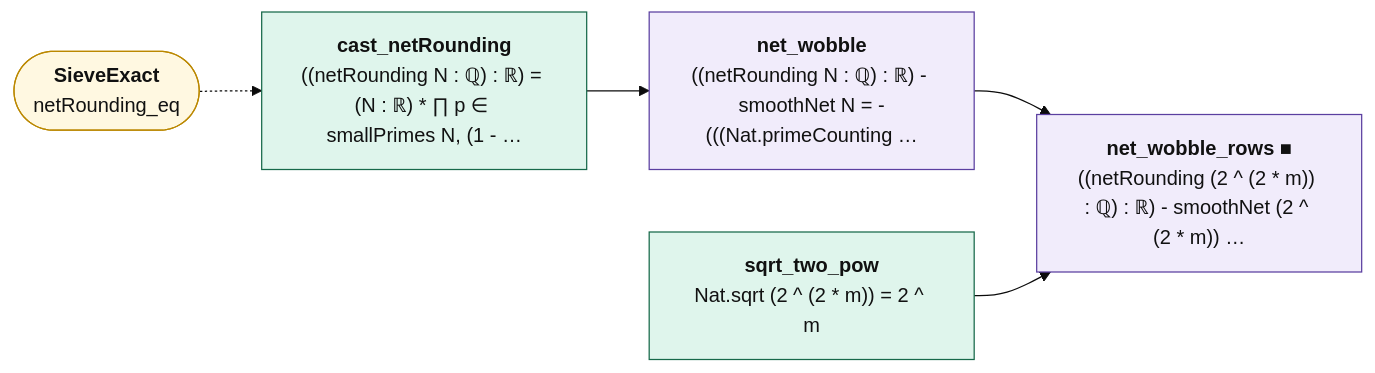
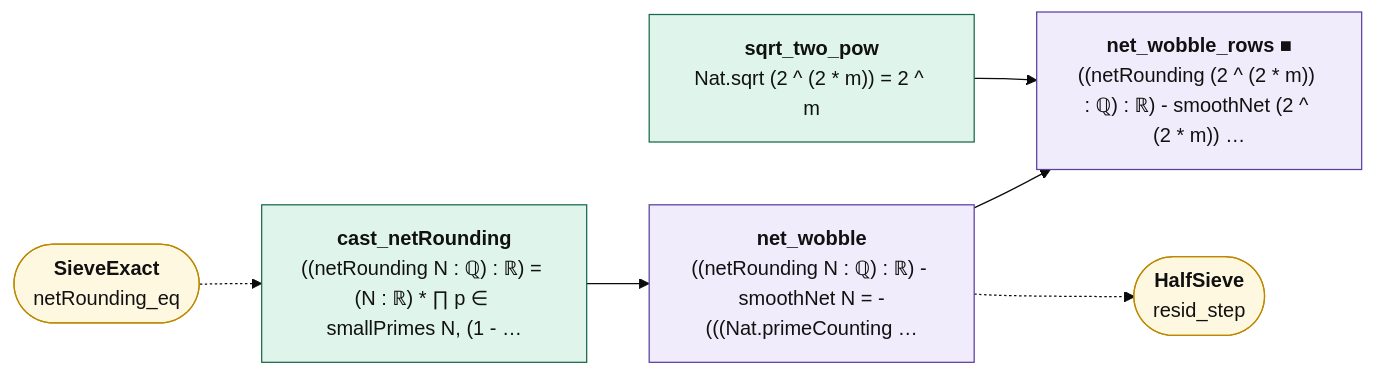
The diagram in map/lean_stage3/SieveResidual.md (juliansambranojr/Primebeat_081426), drawn with Mermaid (base theme) before and after one commit. The commit also changed other lines of this file and 56 other files, not shown here.

First line of the commit message:
Blocks R5, R6: the height of a finite peak; the half in the sieve and the spiral link as the sieve's wobble (units 0484, 0485)

````diff
--- a/map/lean_stage3/SieveResidual.md
+++ b/map/lean_stage3/SieveResidual.md
@@ -14,20 +14,22 @@
 ```mermaid
 flowchart LR
   n0["<b>cast_netRounding</b><br/>((netRounding N : ℚ) : ℝ) = (N : ℝ) * ∏ p ∈ smallPrimes N, (1 - …"]:::cnt
   n1["<b>net_wobble</b><br/>((netRounding N : ℚ) : ℝ) - smoothNet N = -(((Nat.primeCounting …"]:::shp
   n2["<b>sqrt_two_pow</b><br/>Nat.sqrt (2 ^ (2 * m)) = 2 ^ m"]:::cnt
   n3["<b>net_wobble_rows ■</b><br/>((netRounding (2 ^ (2 * m)) : ℚ) : ℝ) - smoothNet (2 ^ (2 * m)) …"]:::shp
   x0(["<b>SieveExact</b><br/>netRounding_eq"]):::ext
+  x1(["<b>HalfSieve</b><br/>resid_step"]):::ext
   n0 --> n1
   n1 --> n3
   n2 --> n3
+  n1 -.-> x1
   x0 -.-> n0
   classDef cnt fill:#dff5ec,stroke:#17694a,color:#111
   classDef shp fill:#f1ecfb,stroke:#5b3fa0,color:#111
   classDef rh fill:#ffe5e5,stroke:#c22,color:#111,stroke-width:2px
   classDef thm fill:#eef4ff,stroke:#335,color:#111
   classDef end_ fill:#e7f7e7,stroke:#2a7,color:#111,stroke-width:2px
   classDef lone fill:#fff,stroke:#999,color:#111,stroke-dasharray:4 3
   classDef bad fill:#ffe5e5,stroke:#c22,color:#111,stroke-width:2px
   classDef ext fill:#fff8e1,stroke:#b80,color:#111
 ```
````
